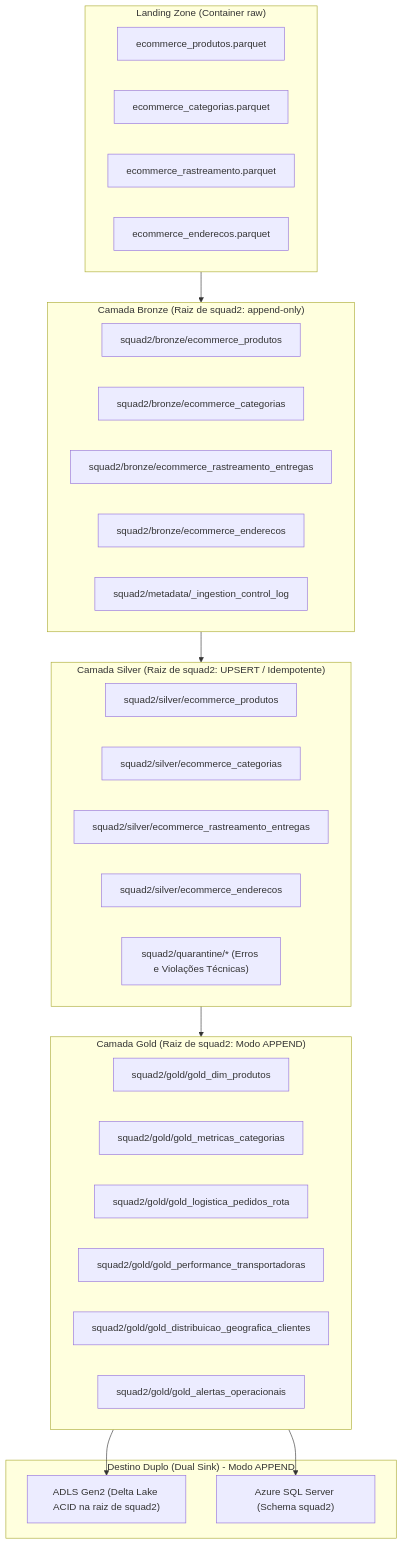
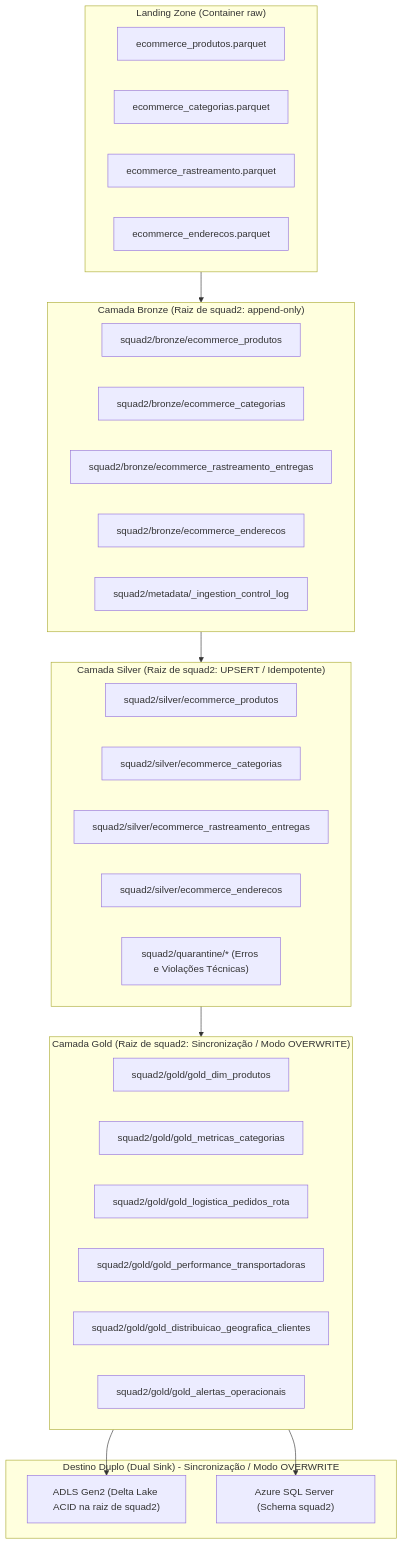
The first of 2 diagrams in squad2/README.md (GeovanyADCancio/estagio-empregadados-turma-2), drawn with Mermaid before and after one commit. The commit also changed other lines of this file and 1 other file, not shown here.

First line of the commit message:
refactor(gold): adotar modo overwrite sincronizado para evitar inchaço e duplicatas

````diff
--- a/squad2/README.md
+++ b/squad2/README.md
@@ -33,45 +33,45 @@
 ```mermaid
 flowchart TD
     subgraph RAW ["Landing Zone (Container raw)"]
         R1["ecommerce_produtos.parquet"]
         R2["ecommerce_categorias.parquet"]
         R3["ecommerce_rastreamento.parquet"]
         R4["ecommerce_enderecos.parquet"]
     end
 
     subgraph BRONZE ["Camada Bronze (Raiz de squad2: append-only)"]
         B1["squad2/bronze/ecommerce_produtos"]
         B2["squad2/bronze/ecommerce_categorias"]
         B3["squad2/bronze/ecommerce_rastreamento_entregas"]
         B4["squad2/bronze/ecommerce_enderecos"]
         B_CTRL["squad2/metadata/_ingestion_control_log"]
     end
 
     subgraph SILVER ["Camada Silver (Raiz de squad2: UPSERT / Idempotente)"]
         S1["squad2/silver/ecommerce_produtos"]
         S2["squad2/silver/ecommerce_categorias"]
         S3["squad2/silver/ecommerce_rastreamento_entregas"]
         S4["squad2/silver/ecommerce_enderecos"]
         Q["squad2/quarantine/* (Erros e Violações Técnicas)"]
     end
 
-    subgraph GOLD ["Camada Gold (Raiz de squad2: Modo APPEND)"]
+    subgraph GOLD ["Camada Gold (Raiz de squad2: Sincronização / Modo OVERWRITE)"]
         G1["squad2/gold/gold_dim_produtos"]
         G2["squad2/gold/gold_metricas_categorias"]
         G3["squad2/gold/gold_logistica_pedidos_rota"]
         G4["squad2/gold/gold_performance_transportadoras"]
         G5["squad2/gold/gold_distribuicao_geografica_clientes"]
         G6["squad2/gold/gold_alertas_operacionais"]
     end
 
-    subgraph DESTINOS ["Destino Duplo (Dual Sink) - Modo APPEND"]
+    subgraph DESTINOS ["Destino Duplo (Dual Sink) - Sincronização / Modo OVERWRITE"]
         D_LAKE["ADLS Gen2 (Delta Lake ACID na raiz de squad2)"]
         D_SQL["Azure SQL Server (Schema squad2)"]
     end
 
     RAW --> BRONZE
     BRONZE --> SILVER
     SILVER --> GOLD
     GOLD --> D_LAKE
     GOLD --> D_SQL
 ```
````
